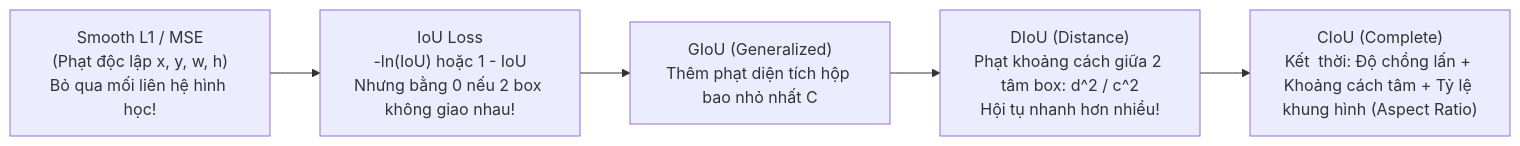
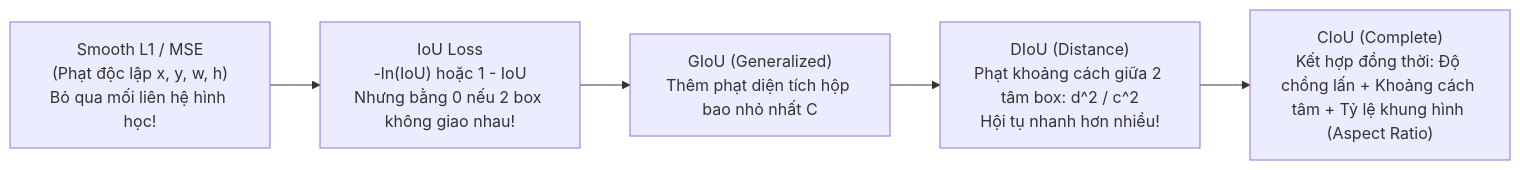
Before and after one commit to QuocAn118/Lab: the fourth of 4 diagrams in Learning/Chapter 05.2/Chapter 05.2 - CNNs (Part 2) - Object Detection Survey.md, drawn with Mermaid. The commit also changed 713 other files, not shown here.

````diff
--- a/Learning/Chapter 05.2/Chapter 05.2 - CNNs (Part 2) - Object Detection Survey.md
+++ b/Learning/Chapter 05.2/Chapter 05.2 - CNNs (Part 2) - Object Detection Survey.md
@@ -139,7 +139,7 @@
 ```mermaid
 flowchart LR
     SmoothL1["Smooth L1 / MSE\n(Phạt độc lập x, y, w, h)\nBỏ qua mối liên hệ hình học!"] --> IoULoss["IoU Loss\n-ln(IoU) hoặc 1 - IoU\nNhưng bằng 0 nếu 2 box không giao nhau!"]
     IoULoss --> GIoU["GIoU (Generalized)\nThêm phạt diện tích hộp bao nhỏ nhất C"]
     GIoU --> DIoU["DIoU (Distance)\nPhạt khoảng cách giữa 2 tâm box: d^2 / c^2\nHội tụ nhanh hơn nhiều!"]
-    DIoU --> CIoU["CIoU (Complete)\nKết  thời: Độ chồng lấn + Khoảng cách tâm + Tỷ lệ khung hình (Aspect Ratio)"]
+    DIoU --> CIoU["CIoU (Complete)\nKết hợp đồng thời: Độ chồng lấn + Khoảng cách tâm + Tỷ lệ khung hình (Aspect Ratio)"]
 ```
````
